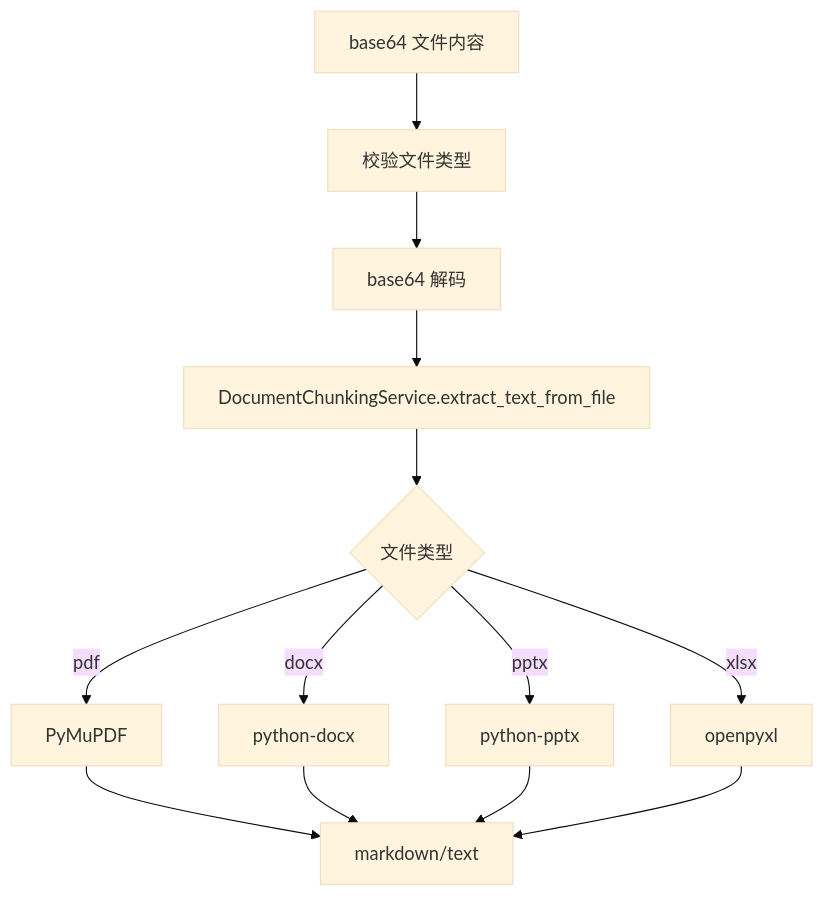
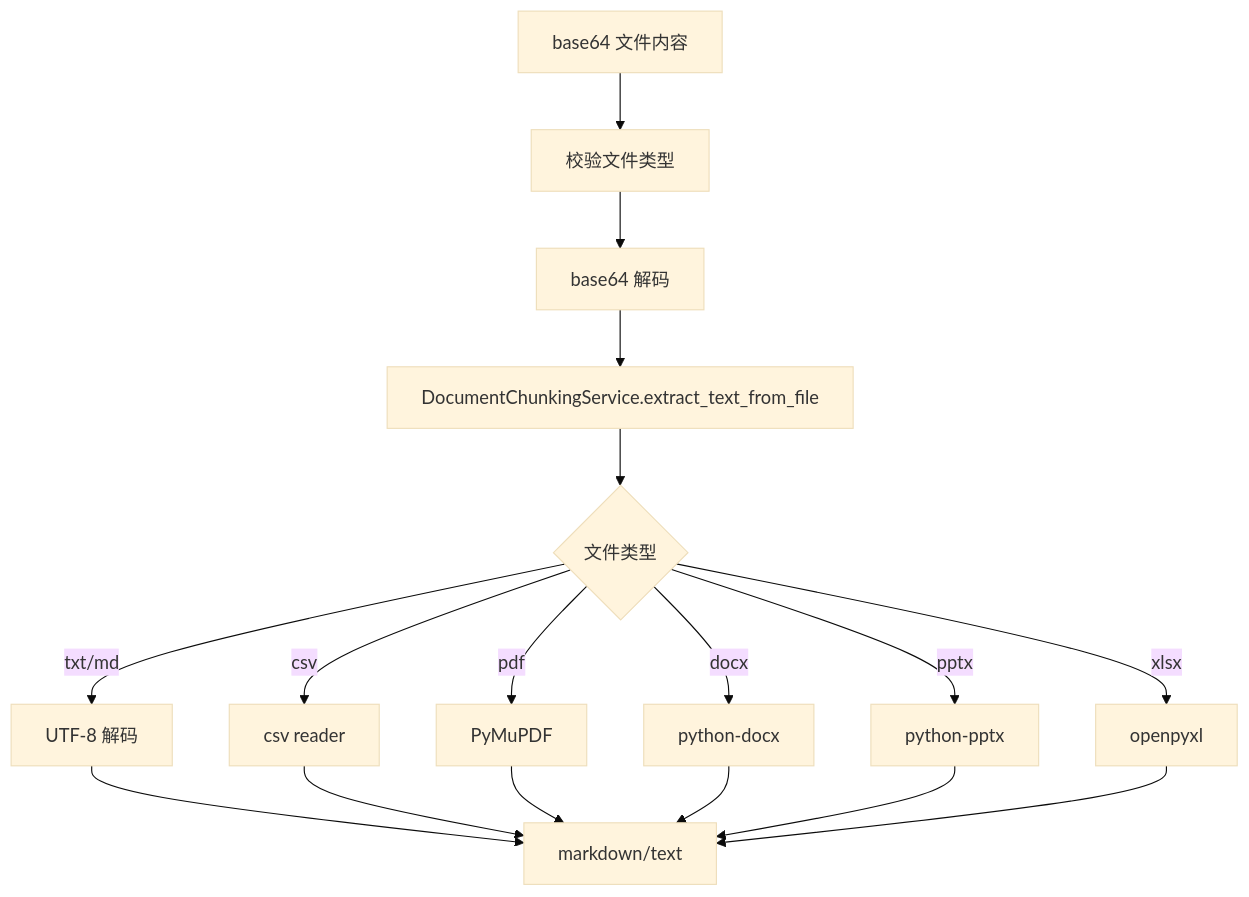
One commit to beyonai/ByKC changed the second of 5 diagrams in docs/modules/knowledge-build/process.md. Above: the diagram before and after it, drawn with Mermaid (base theme). The commit also changed other lines of this file and 8 other files, not shown here.

````diff
--- a/docs/modules/knowledge-build/process.md
+++ b/docs/modules/knowledge-build/process.md
@@ -24,15 +31,19 @@
 ```mermaid
 flowchart TD
     A["base64 文件内容"] --> B["校验文件类型"]
     B --> C["base64 解码"]
     C --> D["DocumentChunkingService.extract_text_from_file"]
     D --> E{"文件类型"}
+    E -->|txt/md| F0["UTF-8 解码"]
+    E -->|csv| F1["csv reader"]
     E -->|pdf| F["PyMuPDF"]
     E -->|docx| G["python-docx"]
     E -->|pptx| H["python-pptx"]
     E -->|xlsx| I["openpyxl"]
+    F0 --> J["markdown/text"]
+    F1 --> J
     F --> J["markdown/text"]
     G --> J
     H --> J
     I --> J
 ```
````
